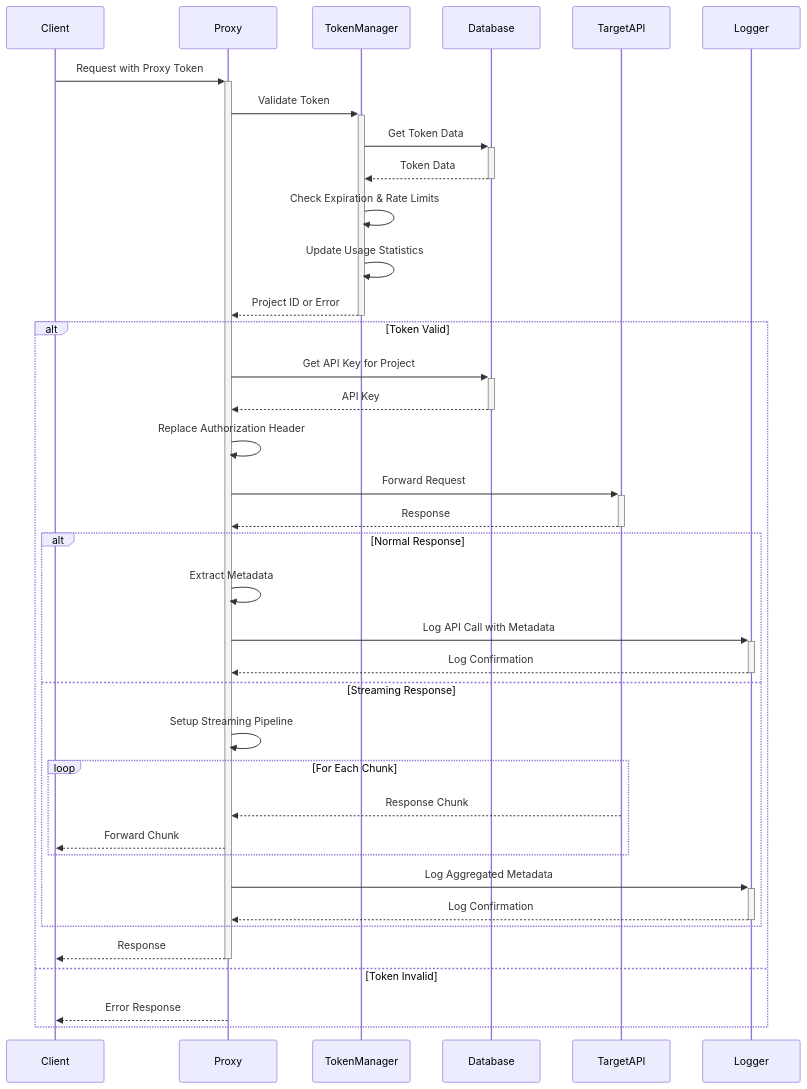
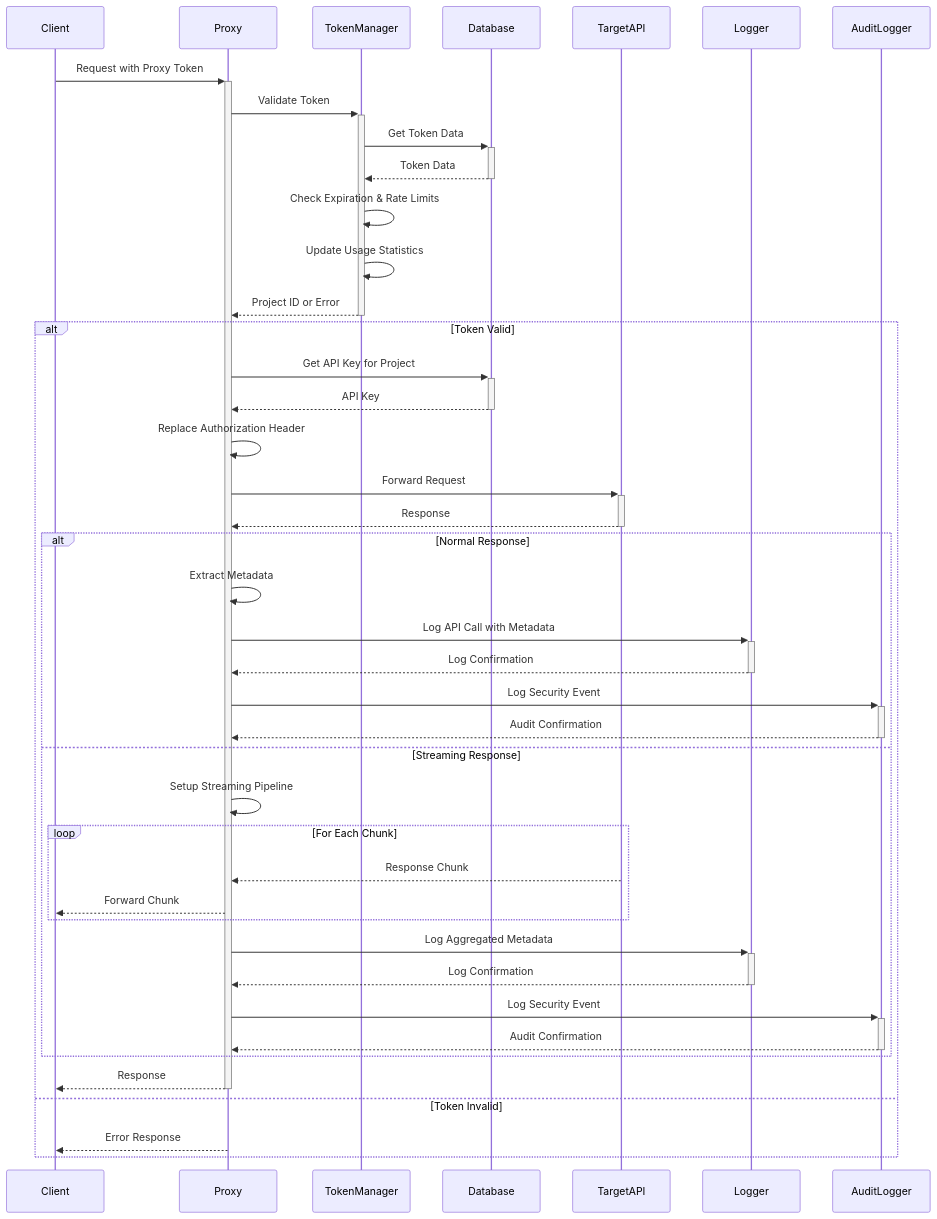
The fourth of 8 diagrams in docs/architecture.md (sofatutor/llm-proxy), drawn with Mermaid before and after one commit. The commit also changed other lines of this file and 4 other files, not shown here.

````diff
--- a/docs/architecture.md
+++ b/docs/architecture.md
@@ -217,36 +238,40 @@
 ```mermaid
 sequenceDiagram
     Client->>+Proxy: Request with Proxy Token
     Proxy->>+TokenManager: Validate Token
     TokenManager->>+Database: Get Token Data
     Database-->>-TokenManager: Token Data
     TokenManager->>TokenManager: Check Expiration & Rate Limits
     TokenManager->>TokenManager: Update Usage Statistics
     TokenManager-->>-Proxy: Project ID or Error
     
     alt Token Valid
         Proxy->>+Database: Get API Key for Project
         Database-->>-Proxy: API Key
         Proxy->>Proxy: Replace Authorization Header
         Proxy->>+TargetAPI: Forward Request
         TargetAPI-->>-Proxy: Response
         
         alt Normal Response
             Proxy->>Proxy: Extract Metadata
             Proxy->>+Logger: Log API Call with Metadata
             Logger-->>-Proxy: Log Confirmation
+            Proxy->>+AuditLogger: Log Security Event
+            AuditLogger-->>-Proxy: Audit Confirmation
         else Streaming Response
             Proxy->>Proxy: Setup Streaming Pipeline
             loop For Each Chunk
                 TargetAPI-->>Proxy: Response Chunk
                 Proxy-->>Client: Forward Chunk
             end
             Proxy->>+Logger: Log Aggregated Metadata
             Logger-->>-Proxy: Log Confirmation
+            Proxy->>+AuditLogger: Log Security Event
+            AuditLogger-->>-Proxy: Audit Confirmation
         end
         
         Proxy-->>-Client: Response
     else Token Invalid
         Proxy-->>Client: Error Response
     end
 ```
````
